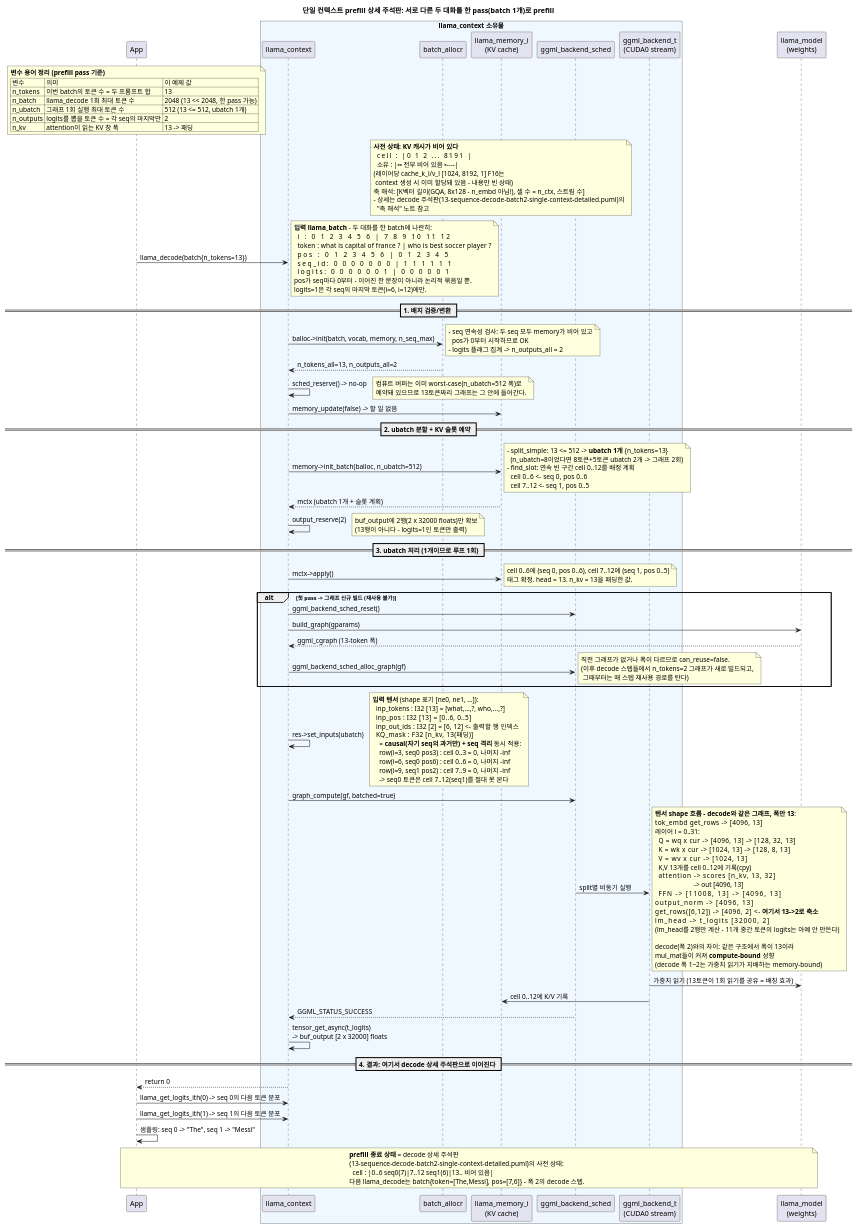
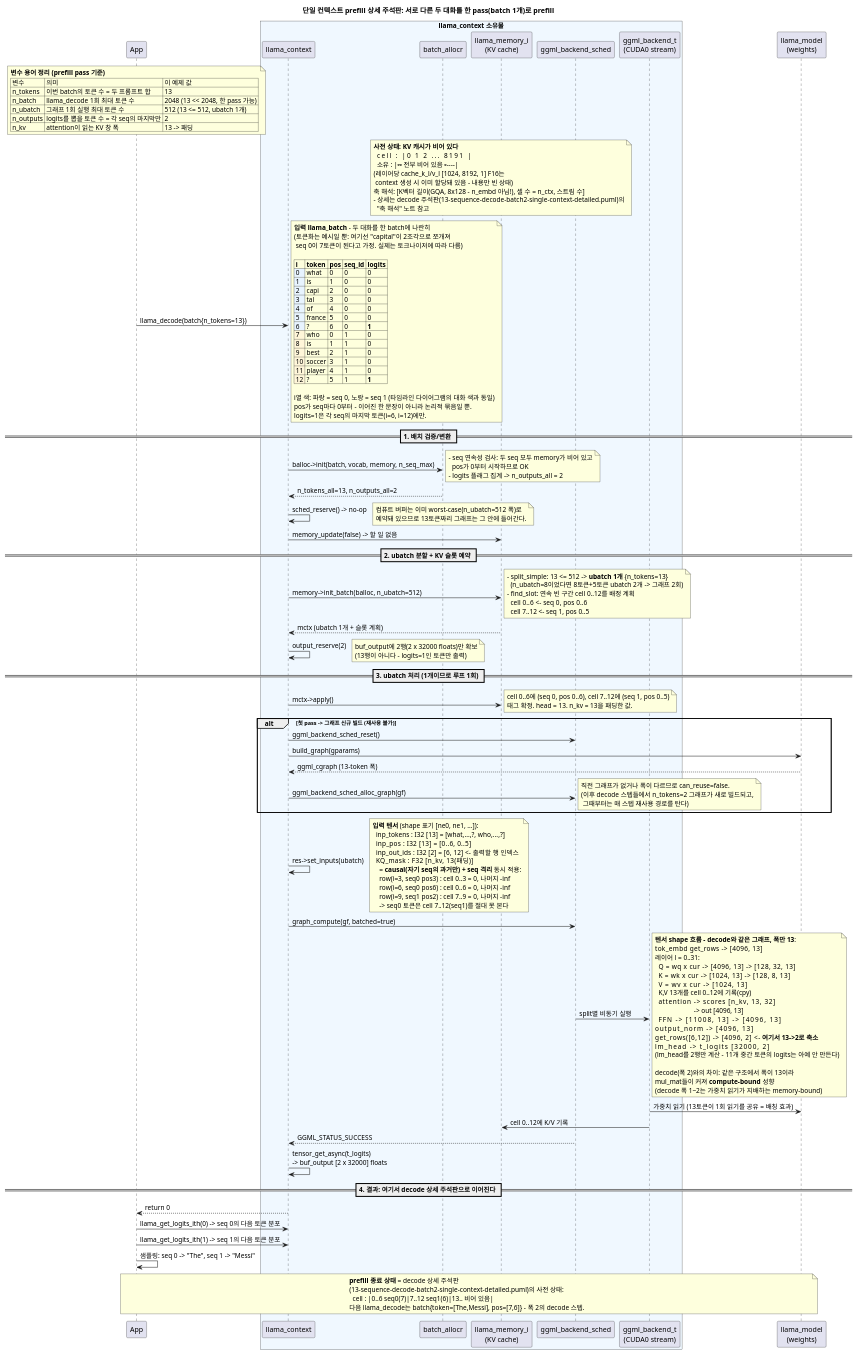
Before and after one commit to froginaz/llama.cpp: the diagram in docs/my_doc/13-sequence-prefill-2seq-single-context-detailed.puml, drawn with PlantUML.

Commit message:
[DOC] render prefill batch layout as a table in diagram note

```diff
--- a/docs/my_doc/13-sequence-prefill-2seq-single-context-detailed.puml
+++ b/docs/my_doc/13-sequence-prefill-2seq-single-context-detailed.puml
@@ -1,161 +1,175 @@
 @startuml
 title 단일 컨텍스트 prefill 상세 주석판: 서로 다른 두 대화를 한 pass(batch 1개)로 prefill
 
 ' ============================================================
 ' 예제 설정 (2장 예제, decode 상세 주석판의 "이전 단계"):
 '   seq 0 = "what is capital of france?" (7토큰, pos 0..6)  <- 아직 KV 없음
 '   seq 1 = "who is best soccer player?" (6토큰, pos 0..5)  <- 아직 KV 없음
 '   이번 pass: 두 프롬프트 13토큰을 llama_decode 1회로 prefill
 '   (llama-parallel/llama-server가 동시 요청 2개를 이렇게 배칭한다)
 ' 가정한 모델/설정 (decode 주석판과 동일):
 '   n_embd=4096, n_layer=32, n_head=32, n_head_kv=8, d_head=128
 '   n_embd_k_gqa = n_embd_v_gqa = 1024, n_vocab=32000
 '   n_ctx=8192, kv_unified=true (n_stream=1), n_seq_max=2
 '   (n_ctx를 8192로 잡아 n_embd(4096)와 값이 겹치지 않게 함)
 '   n_batch=2048, n_ubatch=512, KV 타입 F16
 ' ============================================================
 
 participant App
 box "llama_context 소유물" #F0F8FF
   participant "llama_context" as C
   participant "batch_allocr" as BA
   participant "llama_memory_i\n(KV cache)" as KV
   participant "ggml_backend_sched" as S
   participant "ggml_backend_t\n(CUDA0 stream)" as B
 end box
 participant "llama_model\n(weights)" as M
 
 note over App
   **변수 용어 정리 (prefill pass 기준)**
   | 변수 | 의미 | 이 예제 값 |
   | n_tokens | 이번 batch의 토큰 수 = 두 프롬프트 합 | 13 |
   | n_batch | llama_decode 1회 최대 토큰 수 | 2048 (13 << 2048, 한 pass 가능) |
   | n_ubatch | 그래프 1회 실행 최대 토큰 수 | 512 (13 <= 512, ubatch 1개) |
   | n_outputs | logits를 뽑을 토큰 수 = 각 seq의 마지막만 | 2 |
   | n_kv | attention이 읽는 KV 창 폭 | 13 -> 패딩 |
 end note
 
 note over KV
   **사전 상태: KV 캐시가 비어 있다**
     cell : |0 1 2 ... 8191                    |
     소유 : |---------- 전부 비어 있음 ---------|
   (레이어당 cache_k_l/v_l [1024, 8192, 1] F16는
    context 생성 시 이미 할당돼 있음 - 내용만 빈 상태)
   축 해석: [K벡터 길이(GQA, 8x128 - n_embd 아님!), 셀 수 = n_ctx, 스트림 수]
   - 상세는 decode 주석판(13-sequence-decode-batch2-single-context-detailed.puml)의
     "축 해석" 노트 참고
 end note
 
 App -> C : llama_decode(batch{n_tokens=13})
 note right
-  **입력 llama_batch** - 두 대화를 한 batch에 나란히:
-    i     : 0    1  2       3  4      5   6 | 7   8  9    10     11     12
-    token : what is capital of france ?     | who is best soccer player ?
-    pos   : 0    1  2       3  4      5   6 | 0   1  2    3      4      5
-    seq_id: 0    0  0       0  0      0   0 | 1   1  1    1      1      1
-    logits: 0    0  0       0  0      0   1 | 0   0  0    0      0      1
+  **입력 llama_batch** - 두 대화를 한 batch에 나란히
+  (토큰화는 예시일 뿐: 여기선 "capital"이 2조각으로 쪼개져
+   seq 0이 7토큰이 된다고 가정. 실제는 토크나이저에 따라 다름)
+
+  |= i |= token |= pos |= seq_id |= logits |
+  |<#E8F4FF> 0 | what | 0 | 0 | 0 |
+  |<#E8F4FF> 1 | is | 1 | 0 | 0 |
+  |<#E8F4FF> 2 | capi | 2 | 0 | 0 |
+  |<#E8F4FF> 3 | tal | 3 | 0 | 0 |
+  |<#E8F4FF> 4 | of | 4 | 0 | 0 |
+  |<#E8F4FF> 5 | france | 5 | 0 | 0 |
+  |<#E8F4FF> 6 | ? | 6 | 0 | **1** |
+  |<#FFF6D9> 7 | who | 0 | 1 | 0 |
+  |<#FFF6D9> 8 | is | 1 | 1 | 0 |
+  |<#FFF6D9> 9 | best | 2 | 1 | 0 |
+  |<#FFF6D9> 10 | soccer | 3 | 1 | 0 |
+  |<#FFF6D9> 11 | player | 4 | 1 | 0 |
+  |<#FFF6D9> 12 | ? | 5 | 1 | **1** |
+
+  i열 색: 파랑 = seq 0, 노랑 = seq 1 (타임라인 다이어그램의 대화 색과 동일)
   pos가 seq마다 0부터 - 이어진 한 문장이 아니라 논리적 묶음일 뿐.
   logits=1은 각 seq의 마지막 토큰(i=6, i=12)에만.
 end note
 
 == 1. 배치 검증/변환 ==
 C -> BA : balloc->init(batch, vocab, memory, n_seq_max)
 note right
   - seq 연속성 검사: 두 seq 모두 memory가 비어 있고
     pos가 0부터 시작하므로 OK
   - logits 플래그 집계 -> n_outputs_all = 2
 end note
 BA --> C : n_tokens_all=13, n_outputs_all=2
 C -> C : sched_reserve() -> no-op
 note right
   컴퓨트 버퍼는 이미 worst-case(n_ubatch=512 폭)로
   예약돼 있으므로 13토큰짜리 그래프는 그 안에 들어간다.
 end note
 C -> KV : memory_update(false) -> 할 일 없음
 
 == 2. ubatch 분할 + KV 슬롯 예약 ==
 C -> KV : memory->init_batch(balloc, n_ubatch=512)
 note right
   - split_simple: 13 <= 512 -> **ubatch 1개** {n_tokens=13}
     (n_ubatch=8이었다면 8토큰+5토큰 ubatch 2개 -> 그래프 2회)
   - find_slot: 연속 빈 구간 cell 0..12를 배정 계획
     cell 0..6  <- seq 0, pos 0..6
     cell 7..12 <- seq 1, pos 0..5
 end note
 KV --> C : mctx (ubatch 1개 + 슬롯 계획)
 C -> C : output_reserve(2)
 note right : buf_output에 2행(2 x 32000 floats)만 확보\n(13행이 아니다 - logits=1인 토큰만 출력)
 
 == 3. ubatch 처리 (1개이므로 루프 1회) ==
 C -> KV : mctx->apply()
 note right
   cell 0..6에 (seq 0, pos 0..6), cell 7..12에 (seq 1, pos 0..5)
   태그 확정. head = 13. n_kv = 13을 패딩한 값.
 end note
 
 alt 첫 pass -> 그래프 신규 빌드 (재사용 불가)
   C -> S : ggml_backend_sched_reset()
   C -> M : build_graph(gparams)
   M --> C : ggml_cgraph (13-token 폭)
   C -> S : ggml_backend_sched_alloc_graph(gf)
   note right
     직전 그래프가 없거나 폭이 다르므로 can_reuse=false.
     (이후 decode 스텝들에서 n_tokens=2 그래프가 새로 빌드되고,
      그때부터는 매 스텝 재사용 경로를 탄다)
   end note
 end
 
 C -> C : res->set_inputs(ubatch)
 note right
   **입력 텐서** (shape 표기 [ne0, ne1, ...]):
     inp_tokens  : I32 [13] = [what,...,?, who,...,?]
     inp_pos     : I32 [13] = [0..6, 0..5]
     inp_out_ids : I32 [2]  = [6, 12]  <- 출력할 행 인덱스
     KQ_mask     : F32 [n_kv, 13(패딩)]
       = **causal(자기 seq의 과거만) + seq 격리** 동시 적용:
       row(i=3, seq0 pos3) : cell 0..3 = 0, 나머지 -inf
       row(i=6, seq0 pos6) : cell 0..6 = 0, 나머지 -inf
       row(i=9, seq1 pos2) : cell 7..9 = 0, 나머지 -inf
       -> seq0 토큰은 cell 7..12(seq1)를 절대 못 본다
 end note
 
 C -> S : graph_compute(gf, batched=true)
 S -> B : split별 비동기 실행
 note right
   **텐서 shape 흐름 - decode와 같은 그래프, 폭만 13**:
   tok_embd get_rows      -> [4096, 13]
   레이어 l = 0..31:
     Q = wq x cur         -> [4096, 13] -> [128, 32, 13]
     K = wk x cur         -> [1024, 13] -> [128, 8, 13]
     V = wv x cur         -> [1024, 13]
     K,V 13개를 cell 0..12에 기록(cpy)
     attention            -> scores [n_kv, 13, 32]
                          -> out [4096, 13]
     FFN                  -> [11008, 13] -> [4096, 13]
   output_norm            -> [4096, 13]
   get_rows([6,12])       -> [4096, 2]   <- **여기서 13->2로 축소**
   lm_head                -> t_logits [32000, 2]
   (lm_head를 2행만 계산 - 11개 중간 토큰의 logits는 아예 안 만든다)
 
   decode(폭 2)와의 차이: 같은 구조에서 폭이 13이라
   mul_mat들이 커져 **compute-bound** 성향
   (decode 폭 1~2는 가중치 읽기가 지배하는 memory-bound)
 end note
 B -> M : 가중치 읽기 (13토큰이 1회 읽기를 공유 = 배칭 효과)
 B -> KV : cell 0..12에 K/V 기록
 S --> C : GGML_STATUS_SUCCESS
 C -> C : tensor_get_async(t_logits)\n-> buf_output [2 x 32000] floats
 
 == 4. 결과: 여기서 decode 상세 주석판으로 이어진다 ==
 C --> App : return 0
 App -> C : llama_get_logits_ith(0) -> seq 0의 다음 토큰 분포
 App -> C : llama_get_logits_ith(1) -> seq 1의 다음 토큰 분포
 App -> App : 샘플링: seq 0 -> "The", seq 1 -> "Messi"
 
 note over App, M
   **prefill 종료 상태** = decode 상세 주석판
   (13-sequence-decode-batch2-single-context-detailed.puml)의 사전 상태:
     cell : |0..6 seq0(7)|7..12 seq1(6)|13.. 비어 있음|
   다음 llama_decode는 batch{token=[The,Messi], pos=[7,6]} - 폭 2의 decode 스텝.
 end note
 @enduml
```
